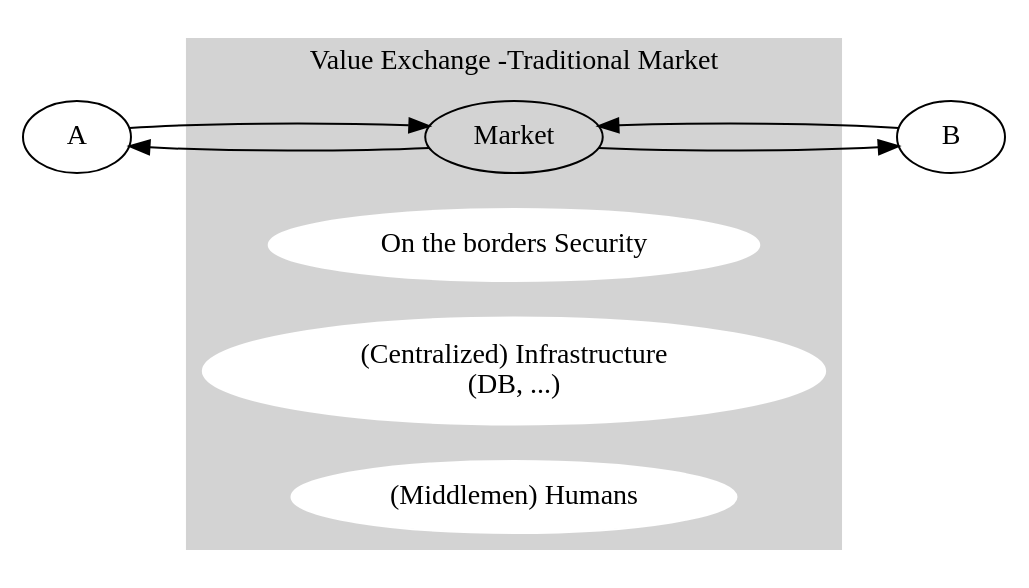
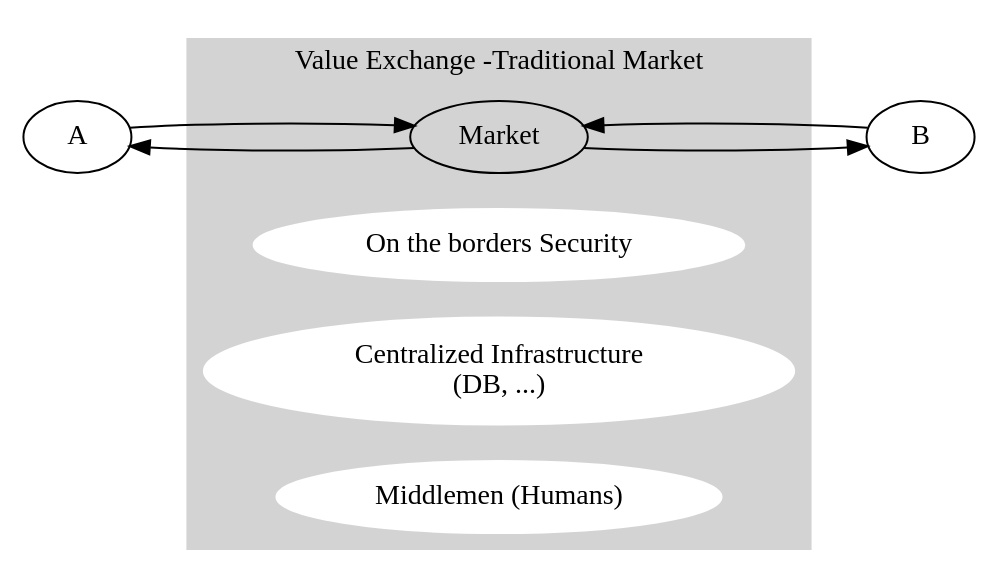
The diagram in philosophy/market/traditional_market1.dot (NicolaBernini/BlockchainAnalysis), drawn with Graphviz before and after one commit.

```diff
--- a/philosophy/market/traditional_market1.dot
+++ b/philosophy/market/traditional_market1.dot
@@ -1,20 +1,20 @@
 # http://www.graphviz.org/content/cluster
 
 digraph G {
 rankdir=LR; 
 
 A -> Market -> B; 
 B -> Market -> A; 
 	subgraph cluster_0 {
 		style=filled;
 		color=lightgrey;
 		node [style=filled,color=white];
 		Market;
 		Security [label="On the borders Security"]; 
-		Infrastructure [label="(Centralized) Infrastructure \n (DB, ...)"];
-		Humans [label="(Middlemen) Humans"];
+		Infrastructure [label="Centralized Infrastructure \n (DB, ...)"];
+		Humans [label="Middlemen (Humans)"];
 		label = "Value Exchange -Traditional Market";
 	}
 
 
 }
```
